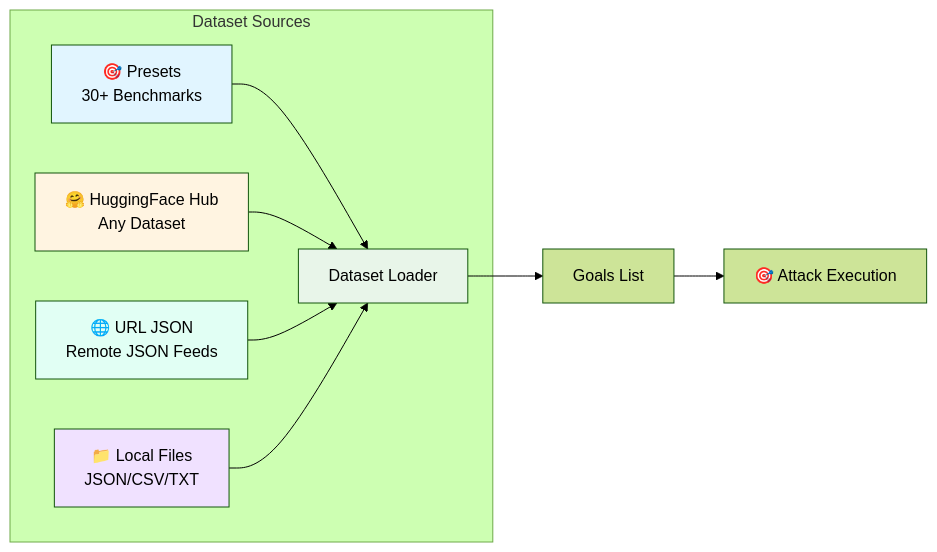
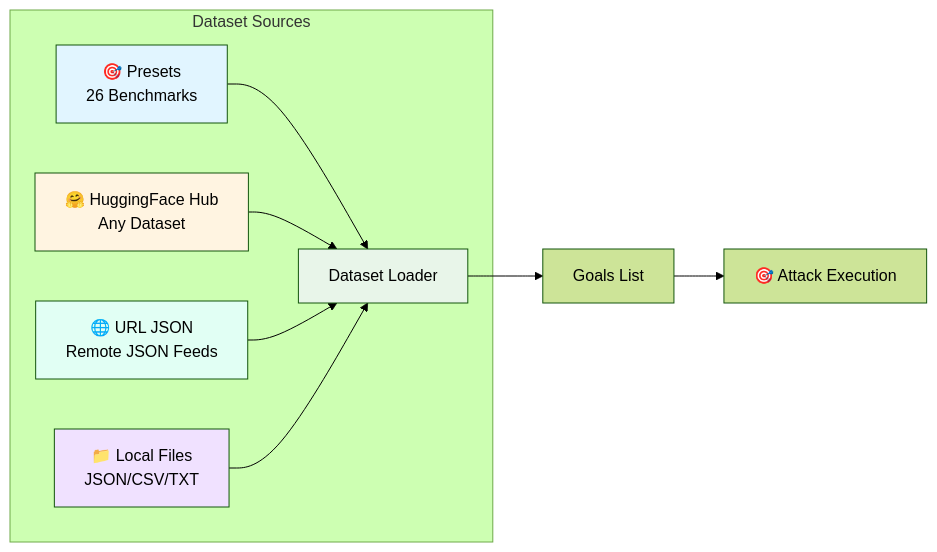
One commit to AISecurityLab/hackagent changed the diagram in docs/docs/datasets/index.md. Above: the diagram before and after it, drawn with Mermaid (forest theme). The commit also changed other lines of this file and 6 other files, not shown here.

````diff
--- a/docs/docs/datasets/index.md
+++ b/docs/docs/datasets/index.md
@@ -19,17 +19,17 @@
 ```mermaid
 graph LR
     subgraph "Dataset Sources"
-        P[🎯 Presets<br/>30+ Benchmarks] --> L[Dataset Loader]
+        P[🎯 Presets<br/>26 Benchmarks] --> L[Dataset Loader]
         H[🤗 HuggingFace Hub<br/>Any Dataset] --> L
         U[🌐 URL JSON<br/>Remote JSON Feeds] --> L
         F[📁 Local Files<br/>JSON/CSV/TXT] --> L
     end
     L --> G[Goals List]
     G --> A[🎯 Attack Execution]
 
     style P fill:#e1f5ff
     style H fill:#fff4e1
     style U fill:#e1fff4
     style F fill:#f0e1ff
     style L fill:#e8f5e9
 ```
````
